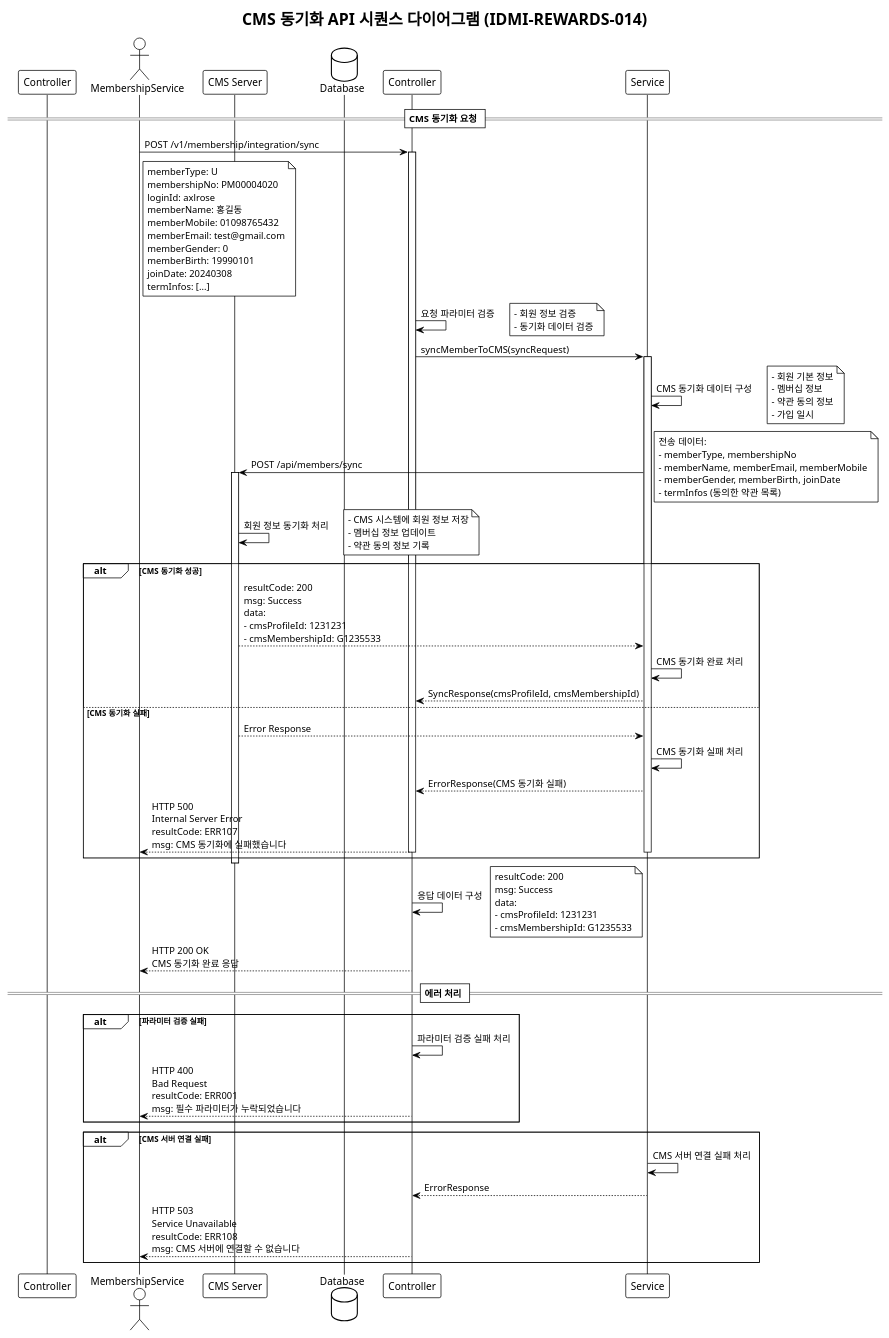
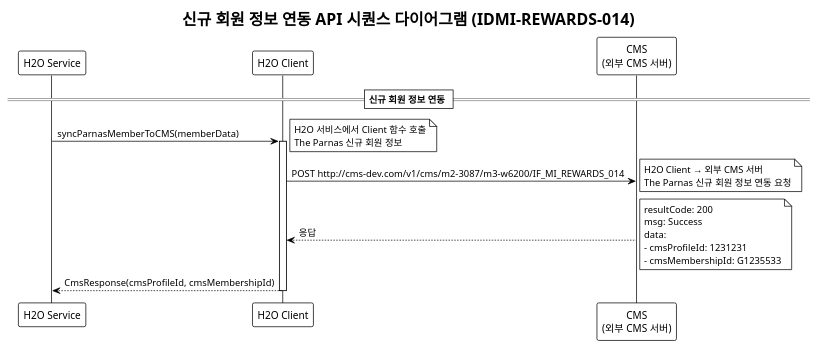
One commit to muinfab/member-integration changed the diagram in docs/sequence-diagrams/014-new-member-integration-sequence.puml. Above: the diagram before and after it, drawn with PlantUML. The commit also changed 2 other files, not shown here.

Commit message:
신규 회원 정보 연동 API 문서 및 시퀀스 다이어그램 수정: URI 정보를 추가하고, 시퀀스 다이어그램의 제목을 변경하여 문서의 일관성을 높임.

```diff
--- a/docs/sequence-diagrams/014-new-member-integration-sequence.puml
+++ b/docs/sequence-diagrams/014-new-member-integration-sequence.puml
@@ -1,68 +1,24 @@
 @startuml 014-new-member-integration-sequence
 !theme plain
-title CMS 동기화 API 시퀀스 다이어그램 (IDMI-REWARDS-014)
+title 신규 회원 정보 연동 API 시퀀스 다이어그램 (IDMI-REWARDS-014)
 
-actor MembershipService as MembershipService
-participant Controller as MembershipController
-participant Service as MembershipService
-participant "CMS Server" as CMSServer
-database Database as Database
+participant "H2O Service" as H2OService
+participant "H2O Client" as H2OClient
+participant "CMS\n(외부 CMS 서버)" as CMS
 
-== CMS 동기화 요청 ==
+== 신규 회원 정보 연동 ==
 
-MembershipService -> Controller: POST /v1/membership/integration/sync
-activate Controller
+H2OService -> H2OClient: syncParnasMemberToCMS(memberData)
+activate H2OClient
+note right: H2O 서비스에서 Client 함수 호출\nThe Parnas 신규 회원 정보
 
-note right of MembershipService: memberType: U\nmembershipNo: PM00004020\nloginId: axlrose\nmemberName: 홍길동\nmemberMobile: 01098765432\nmemberEmail: test@gmail.com\nmemberGender: 0\nmemberBirth: 19990101\njoinDate: 20240308\ntermInfos: [...]
+H2OClient -> CMS: POST http://cms-dev.com/v1/cms/m2-3087/m3-w6200/IF_MI_REWARDS_014
+note right: H2O Client → 외부 CMS 서버\nThe Parnas 신규 회원 정보 연동 요청
 
-Controller -> Controller: 요청 파라미터 검증
-note right: - 회원 정보 검증\n- 동기화 데이터 검증
-
-Controller -> Service: syncMemberToCMS(syncRequest)
-activate Service
-
-Service -> Service: CMS 동기화 데이터 구성
-note right: - 회원 기본 정보\n- 멤버십 정보\n- 약관 동의 정보\n- 가입 일시
-
-Service -> CMSServer: POST /api/members/sync
-activate CMSServer
-note right: 전송 데이터:\n- memberType, membershipNo\n- memberName, memberEmail, memberMobile\n- memberGender, memberBirth, joinDate\n- termInfos (동의한 약관 목록)
-
-CMSServer -> CMSServer: 회원 정보 동기화 처리
-note right: - CMS 시스템에 회원 정보 저장\n- 멤버십 정보 업데이트\n- 약관 동의 정보 기록
-
-alt CMS 동기화 성공
-    CMSServer --> Service: resultCode: 200\nmsg: Success\ndata:\n- cmsProfileId: 1231231\n- cmsMembershipId: G1235533
-    Service -> Service: CMS 동기화 완료 처리
-    Service --> Controller: SyncResponse(cmsProfileId, cmsMembershipId)
-else CMS 동기화 실패
-    CMSServer --> Service: Error Response
-    Service -> Service: CMS 동기화 실패 처리
-    Service --> Controller: ErrorResponse(CMS 동기화 실패)
-    Controller --> MembershipService: HTTP 500\nInternal Server Error\nresultCode: ERR107\nmsg: CMS 동기화에 실패했습니다
-    deactivate Controller
-    deactivate Service
-end
-deactivate CMSServer
-deactivate Service
-
-Controller -> Controller: 응답 데이터 구성
+CMS --> H2OClient: 응답
 note right: resultCode: 200\nmsg: Success\ndata:\n- cmsProfileId: 1231231\n- cmsMembershipId: G1235533
 
-Controller --> MembershipService: HTTP 200 OK\nCMS 동기화 완료 응답
-deactivate Controller
-
-== 에러 처리 ==
-
-alt 파라미터 검증 실패
-    Controller -> Controller: 파라미터 검증 실패 처리
-    Controller --> MembershipService: HTTP 400\nBad Request\nresultCode: ERR001\nmsg: 필수 파라미터가 누락되었습니다
-end
-
-alt CMS 서버 연결 실패
-    Service -> Service: CMS 서버 연결 실패 처리
-    Service --> Controller: ErrorResponse
-    Controller --> MembershipService: HTTP 503\nService Unavailable\nresultCode: ERR108\nmsg: CMS 서버에 연결할 수 없습니다
-end
+H2OClient --> H2OService: CmsResponse(cmsProfileId, cmsMembershipId)
+deactivate H2OClient
 
 @enduml 
```
